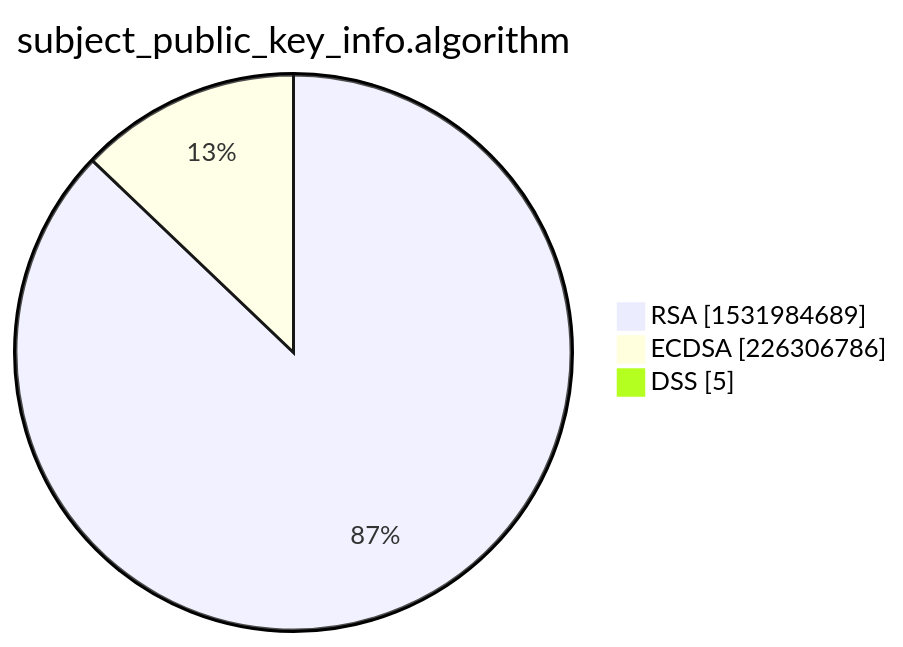
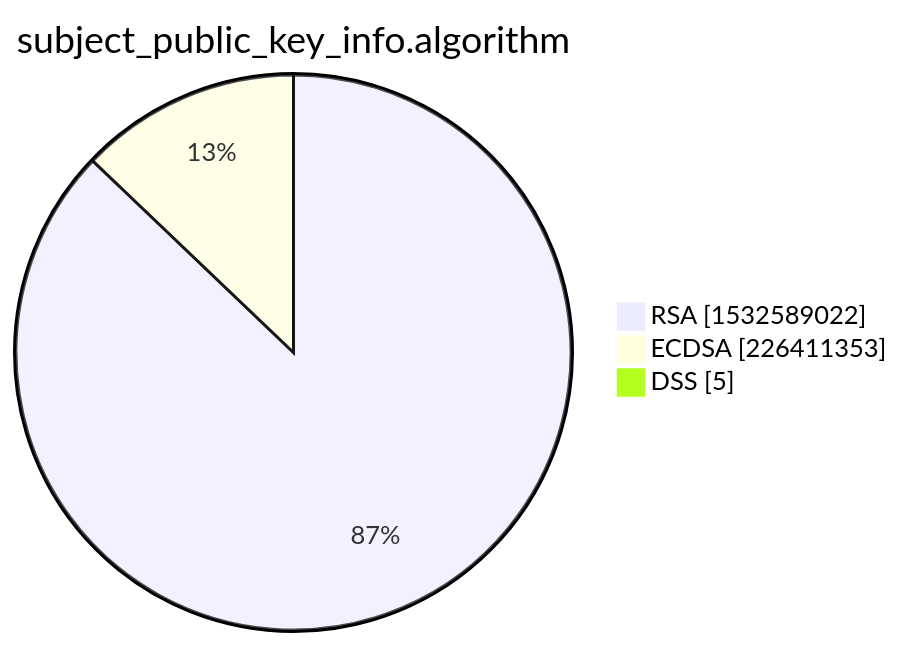
One commit to christiankrug/ctmonitor_visualization changed the third of 15 diagrams in xenon2022/README.md. Above: the diagram before and after it, drawn with Mermaid. The commit also changed other lines of this file, not shown here.

````diff
--- a/xenon2022/README.md
+++ b/xenon2022/README.md
@@ -14,7 +14,7 @@
 ```mermaid
 pie showData
 title subject_public_key_info.algorithm
-"RSA" :1531984689
-"ECDSA" :226306786
+"RSA" :1532589022
+"ECDSA" :226411353
 "DSS" :5
 ```
````
